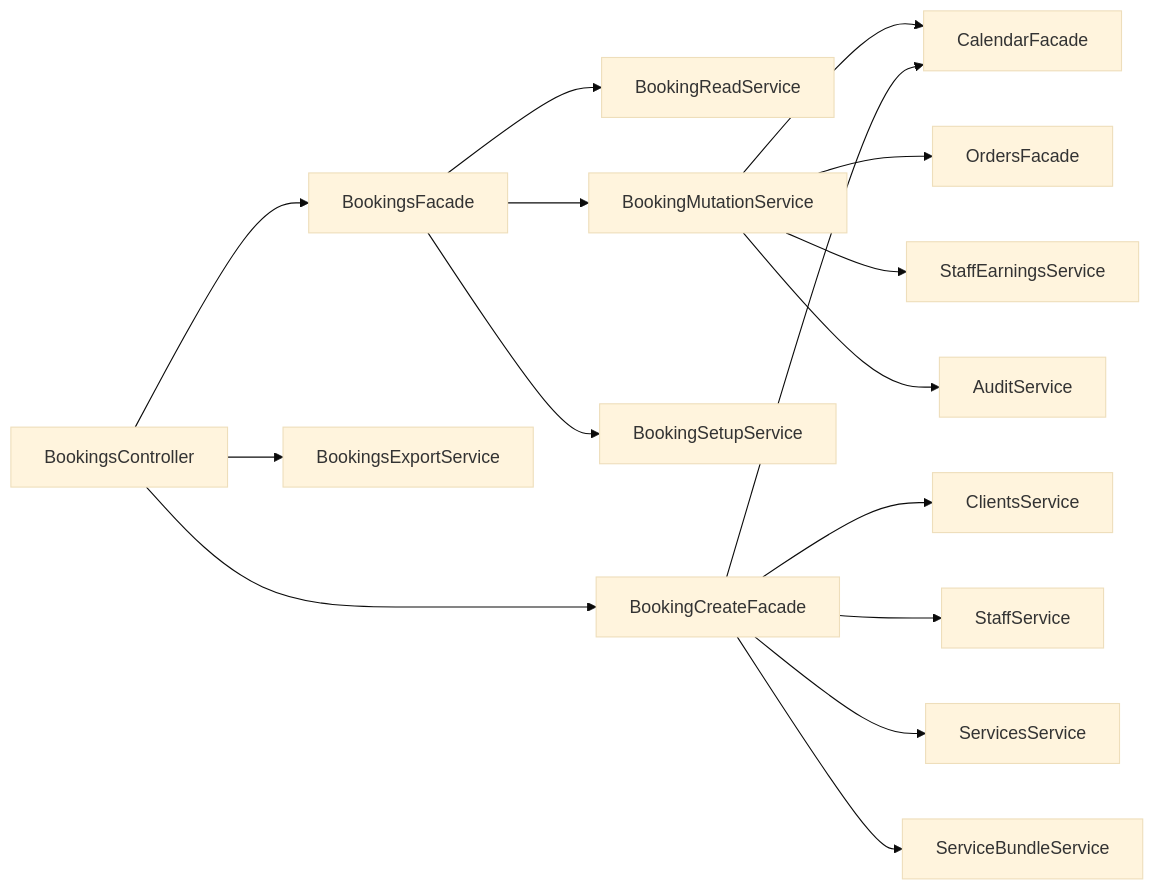
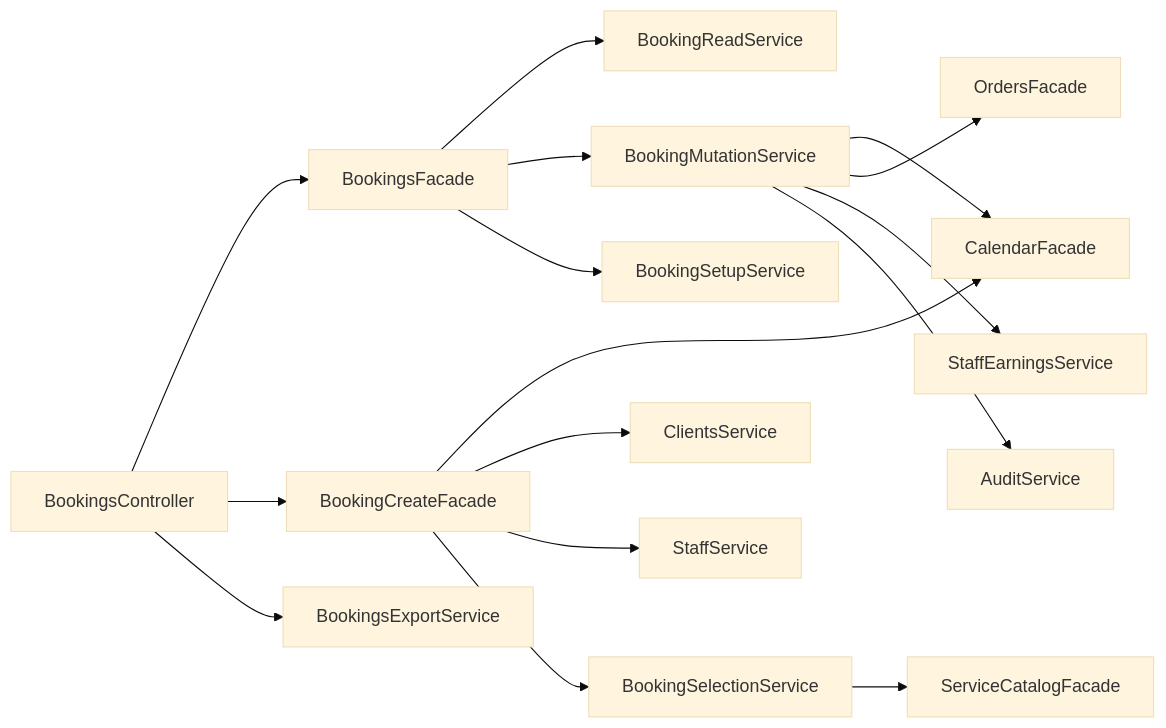
Before and after one commit to pavelnagorsky/crm-core: the second of 7 diagrams in docs/architecture/flows.md, drawn with Mermaid (base theme). The commit also changed other lines of this file and 111 other files, not shown here.

Commit message:
refactor/service-catalog-modules

````diff
--- a/docs/architecture/flows.md
+++ b/docs/architecture/flows.md
@@ -35,19 +35,19 @@
 ```mermaid
 flowchart LR
   BookingsController --> BookingsFacade
   BookingsFacade --> BookingReadService
   BookingsFacade --> BookingMutationService
   BookingsFacade --> BookingSetupService
   BookingsController --> BookingCreateFacade
   BookingsController --> BookingsExportService
 
   BookingMutationService --> CalendarFacade
   BookingMutationService --> OrdersFacade
   BookingMutationService --> StaffEarningsService
   BookingCreateFacade --> CalendarFacade
   BookingCreateFacade --> ClientsService
   BookingCreateFacade --> StaffService
-  BookingCreateFacade --> ServicesService
-  BookingCreateFacade --> ServiceBundleService
+  BookingCreateFacade --> BookingSelectionService
+  BookingSelectionService --> ServiceCatalogFacade
   BookingMutationService --> AuditService
 ```
````
